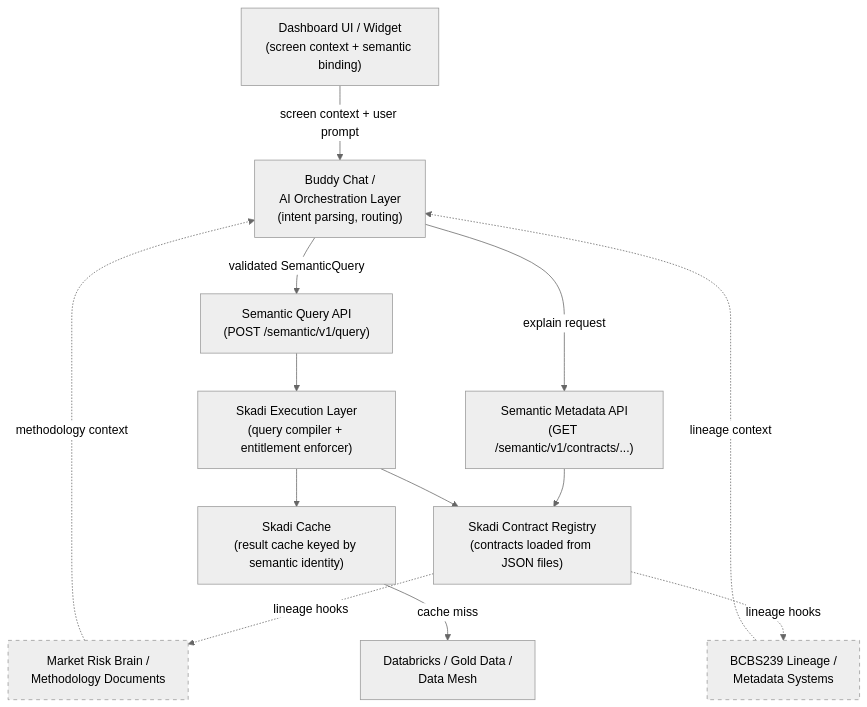
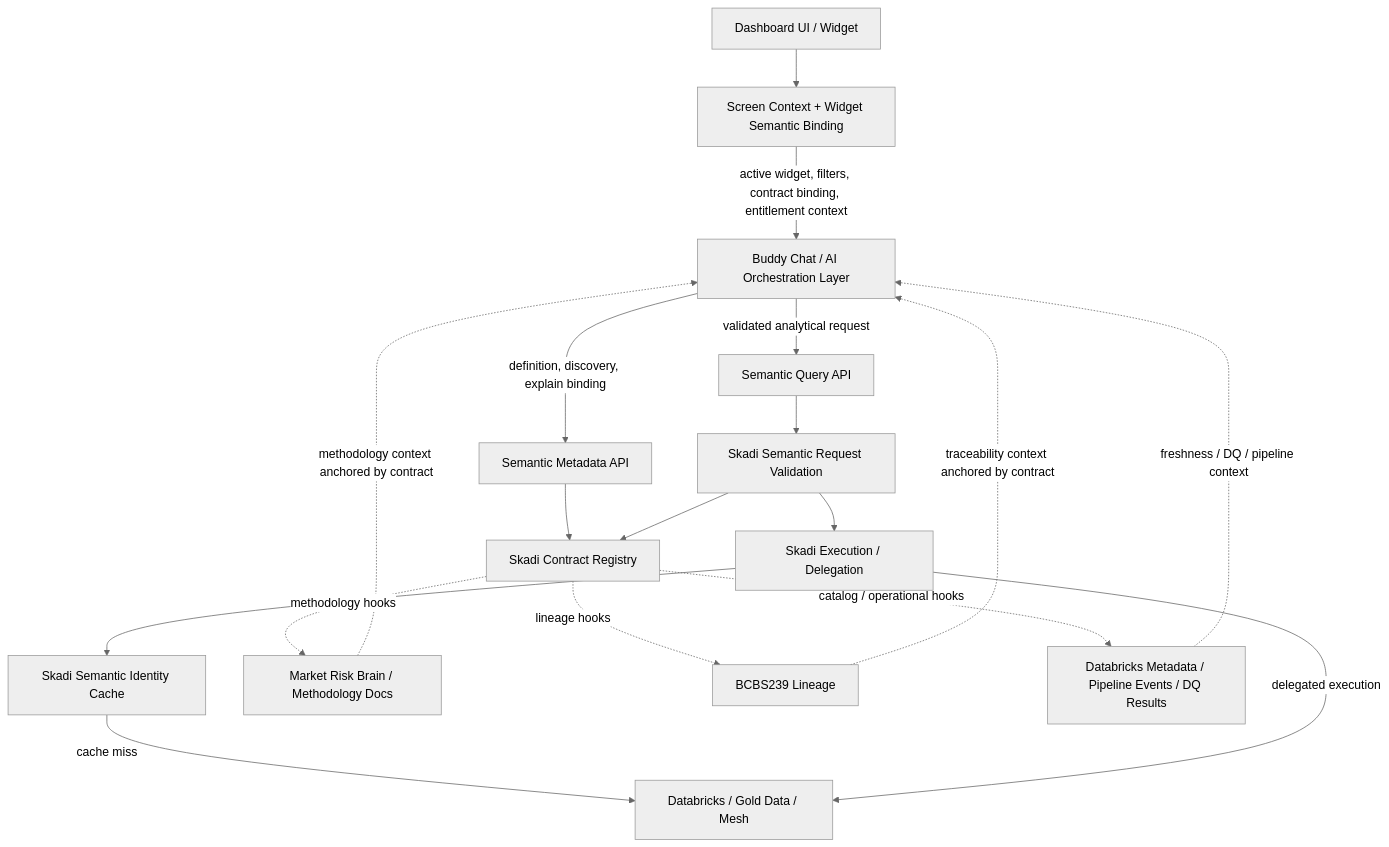
One commit to iceforge-io/skadi changed the diagram in ai/adr/ADR-012-buddy-chat-semantic-model-interrogation.md. Above: the diagram before and after it, drawn with Mermaid (neutral theme). The commit also changed other lines of this file, not shown here.

Commit message:
ADR-012-buddy-chat-semantic-model-interrogation.md

````diff
--- a/ai/adr/ADR-012-buddy-chat-semantic-model-interrogation.md
+++ b/ai/adr/ADR-012-buddy-chat-semantic-model-interrogation.md
@@ -361,29 +206,38 @@
 ```mermaid
-graph TD
-    UI["Dashboard UI / Widget\n(screen context + semantic binding)"]
-    BC["Buddy Chat /\nAI Orchestration Layer\n(intent parsing, routing)"]
-    MDA["Semantic Metadata API\n(GET /semantic/v1/contracts/...)"]
-    QA["Semantic Query API\n(POST /semantic/v1/query)"]
-    CR["Skadi Contract Registry\n(contracts loaded from JSON files)"]
-    EX["Skadi Execution Layer\n(query compiler + entitlement enforcer)"]
-    CA["Skadi Cache\n(result cache keyed by semantic identity)"]
-    DB["Databricks / Gold Data /\nData Mesh"]
-    MRB["Market Risk Brain /\nMethodology Documents"]
-    LIN["BCBS239 Lineage /\nMetadata Systems"]
+flowchart TD
+    UI[Dashboard UI / Widget]
+    CTX[Screen Context + Widget Semantic Binding]
+    CHAT[Buddy Chat / AI Orchestration Layer]
+    META[Semantic Metadata API]
+    QUERY[Semantic Query API]
+    REG[Skadi Contract Registry]
+    VALIDATE[Skadi Semantic Request Validation]
+    EXEC[Skadi Execution / Delegation]
+    CACHE[Skadi Semantic Identity Cache]
+    DBX[Databricks / Gold Data / Mesh]
+    BRAIN[Market Risk Brain / Methodology Docs]
+    LINEAGE[BCBS239 Lineage]
+    OBS[Databricks Metadata / Pipeline Events / DQ Results]
 
-    UI -->|screen context + user prompt| BC
-    BC -->|explain request| MDA
-    BC -->|validated SemanticQuery| QA
-    MDA --> CR
-    QA --> EX
-    EX --> CR
-    EX --> CA
-    CA -->|cache miss| DB
-    CR -.->|lineage hooks| MRB
-    CR -.->|lineage hooks| LIN
-    MRB -.->|methodology context| BC
-    LIN -.->|lineage context| BC
+    UI --> CTX
+    CTX -->|active widget, filters, contract binding, entitlement context| CHAT
 
-    style MRB stroke-dasharray: 5 5
-    style LIN stroke-dasharray: 5 5
+    CHAT -->|definition, discovery, explain binding| META
+    CHAT -->|validated analytical request| QUERY
+
+    META --> REG
+    QUERY --> VALIDATE
+    VALIDATE --> REG
+    VALIDATE --> EXEC
+    EXEC --> CACHE
+    CACHE -->|cache miss| DBX
+    EXEC -->|delegated execution| DBX
+
+    REG -.->|lineage hooks| LINEAGE
+    REG -.->|methodology hooks| BRAIN
+    REG -.->|catalog / operational hooks| OBS
+
+    BRAIN -.->|methodology context anchored by contract| CHAT
+    LINEAGE -.->|traceability context anchored by contract| CHAT
+    OBS -.->|freshness / DQ / pipeline context| CHAT
 ```
````
